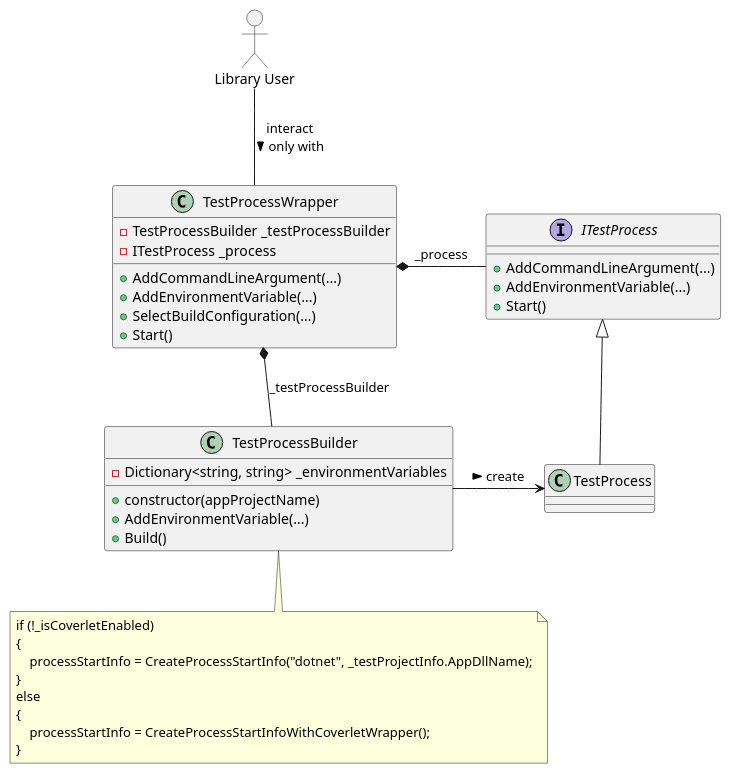
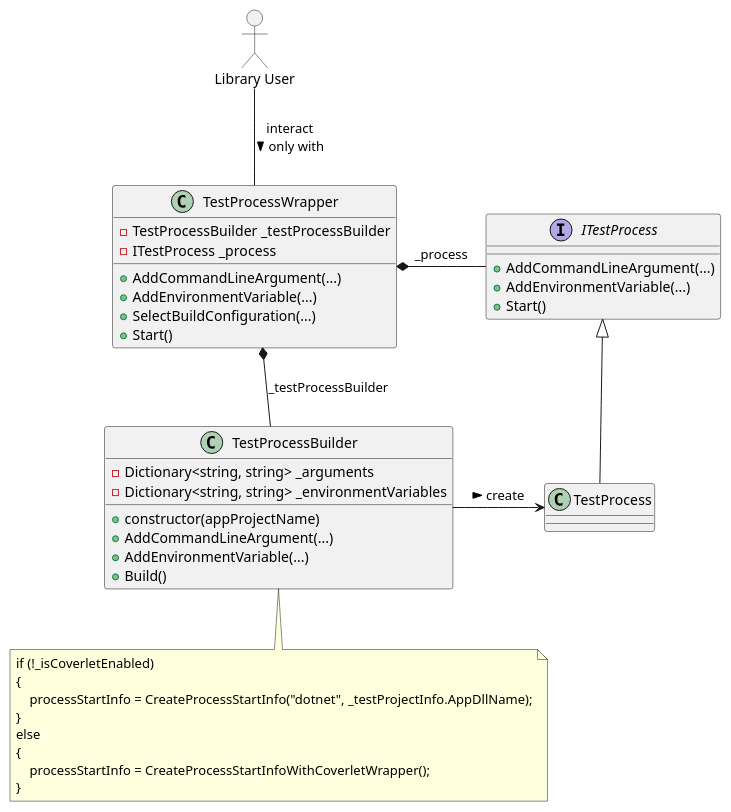
The diagram in docs/current_create_process.puml (wonderbird/TestProcessWrapper), drawn with PlantUML before and after one commit. The commit also changed 4 other files, not shown here.

Commit message:
refactor: move command line arguments to TestProcessBuilder

```diff
--- a/docs/current_create_process.puml
+++ b/docs/current_create_process.puml
@@ -1,49 +1,51 @@
 @startuml
 allowmixing
 
 actor "Library User" as user
 
 class "TestProcessWrapper" as wrapper {
   - TestProcessBuilder _testProcessBuilder
   - ITestProcess _process
   + AddCommandLineArgument(...)
   + AddEnvironmentVariable(...)
   + SelectBuildConfiguration(...)
   + Start()
 }
 
 user -- wrapper : interact\nonly with >
 
 class "TestProcessBuilder" as builder {
+  - Dictionary<string, string> _arguments
   - Dictionary<string, string> _environmentVariables
   + constructor(appProjectName)
+  + AddCommandLineArgument(...)
   + AddEnvironmentVariable(...)
   + Build()
 }
 
 wrapper *-- builder : _testProcessBuilder
 
 interface "ITestProcess" as process_if {
   + AddCommandLineArgument(...)
   + AddEnvironmentVariable(...)
   + Start()
 }
 
 wrapper *- process_if : _process
 
 class "TestProcess" as process
 process_if <|-- process
 
 builder -> process : create >
 
 note bottom of builder
 if (!_isCoverletEnabled)
 {
     processStartInfo = CreateProcessStartInfo("dotnet", _testProjectInfo.AppDllName);
 }
 else
 {
     processStartInfo = CreateProcessStartInfoWithCoverletWrapper();
 }
 end note
 @enduml
```
